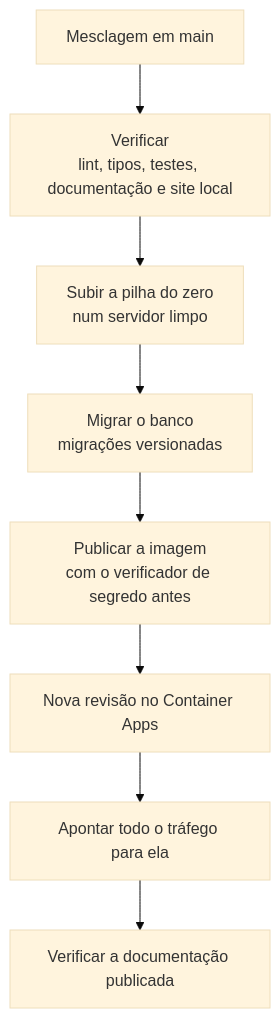
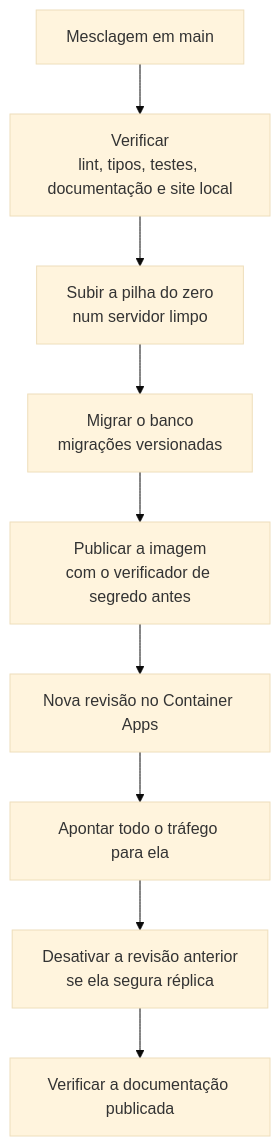
One commit to natanjunior/8FSDT-Hackathon changed the diagram in docs/infraestrutura.md. Above: the diagram before and after it, drawn with Mermaid (base theme). The commit also changed other lines of this file and 12 other files, not shown here.

````diff
--- a/docs/infraestrutura.md
+++ b/docs/infraestrutura.md
@@ -56,19 +56,21 @@
 ```mermaid
 flowchart TB
     MERGE["Mesclagem em main"]
     VER["Verificar<br/>lint, tipos, testes, documentação e site local"]
     COMPOSE["Subir a pilha do zero<br/>num servidor limpo"]
     MIG["Migrar o banco<br/>migrações versionadas"]
     IMG["Publicar a imagem<br/>com o verificador de segredo antes"]
     REV["Nova revisão no Container Apps"]
     TRAF["Apontar todo o tráfego para ela"]
+    DESAT["Desativar a revisão anterior<br/>se ela segura réplica"]
     SITE["Verificar a documentação publicada"]
 
     MERGE --> VER
     VER --> COMPOSE
     COMPOSE --> MIG
     MIG --> IMG
     IMG --> REV
     REV --> TRAF
-    TRAF --> SITE
+    TRAF --> DESAT
+    DESAT --> SITE
 ```
````
